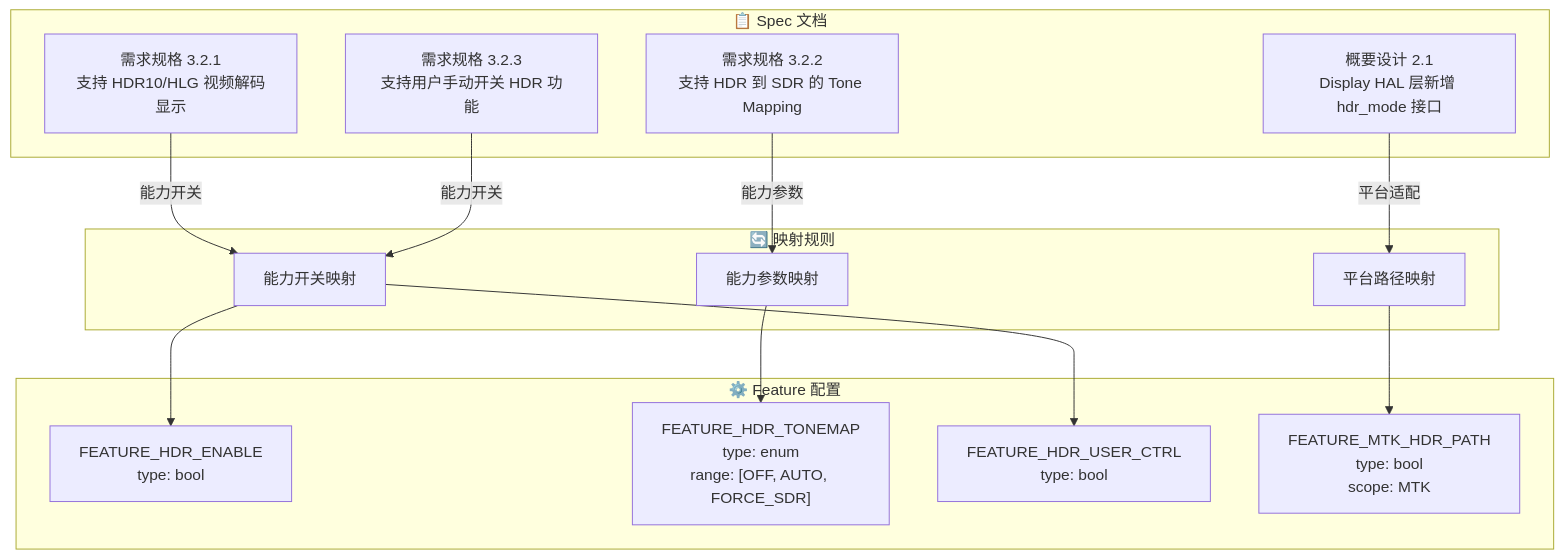
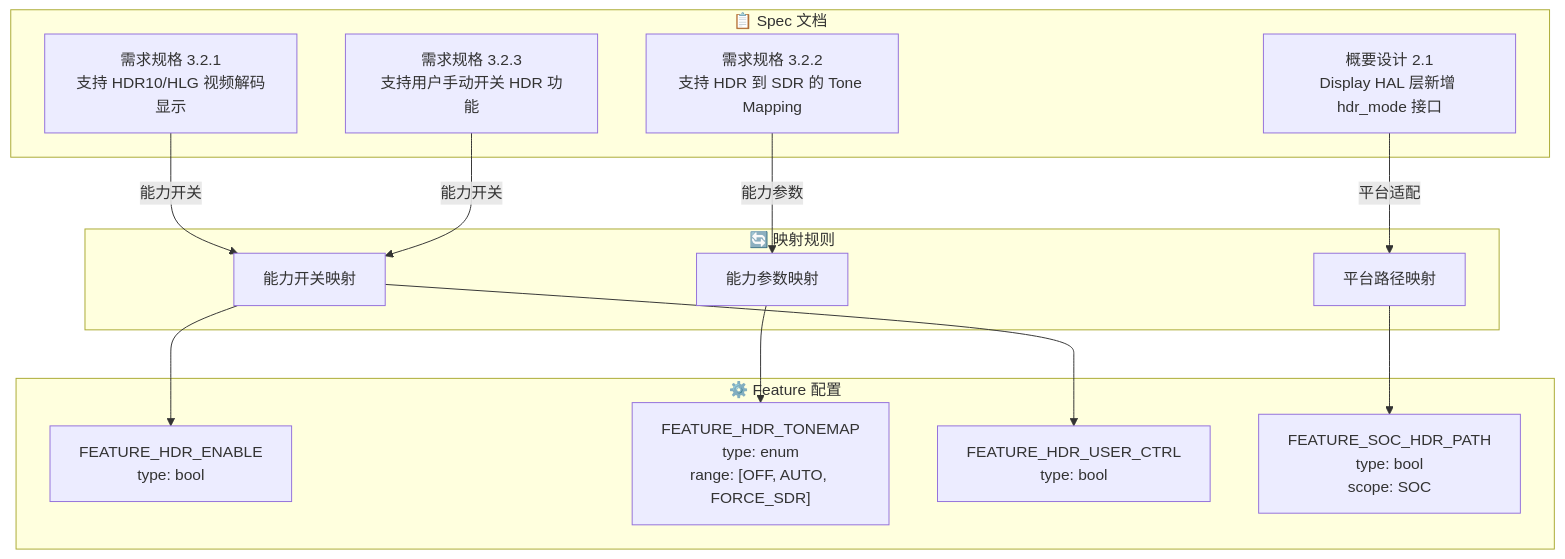
One commit to liuzidong123/harness-adk changed the fourth of 28 diagrams in feature_spec_knowledge.md. Above: the diagram before and after it, drawn with Mermaid. The commit also changed other lines of this file, not shown here.

````diff
--- a/feature_spec_knowledge.md
+++ b/feature_spec_knowledge.md
@@ -219,32 +219,32 @@
 ```mermaid
 flowchart TB
     subgraph SpecDoc["📋 Spec 文档"]
         S1[需求规格 3.2.1<br/>支持 HDR10/HLG 视频解码显示]
         S2[需求规格 3.2.2<br/>支持 HDR 到 SDR 的 Tone Mapping]
         S3[需求规格 3.2.3<br/>支持用户手动开关 HDR 功能]
         S4[概要设计 2.1<br/>Display HAL 层新增 hdr_mode 接口]
     end
 
     subgraph Mapping["🔄 映射规则"]
         M1[能力开关映射]
         M2[能力参数映射]
         M3[平台路径映射]
     end
 
     subgraph FeatureCfg["⚙️ Feature 配置"]
         F1[FEATURE_HDR_ENABLE<br/>type: bool]
         F2["FEATURE_HDR_TONEMAP<br/>type: enum<br/>range: [OFF, AUTO, FORCE_SDR]"]
         F3[FEATURE_HDR_USER_CTRL<br/>type: bool]
-        F4[FEATURE_MTK_HDR_PATH<br/>type: bool<br/>scope: MTK]
+        F4[FEATURE_SOC_HDR_PATH<br/>type: bool<br/>scope: SOC]
     end
 
     S1 -->|能力开关| M1
     S2 -->|能力参数| M2
     S3 -->|能力开关| M1
     S4 -->|平台适配| M3
 
     M1 --> F1
     M2 --> F2
     M1 --> F3
     M3 --> F4
 ```
````
